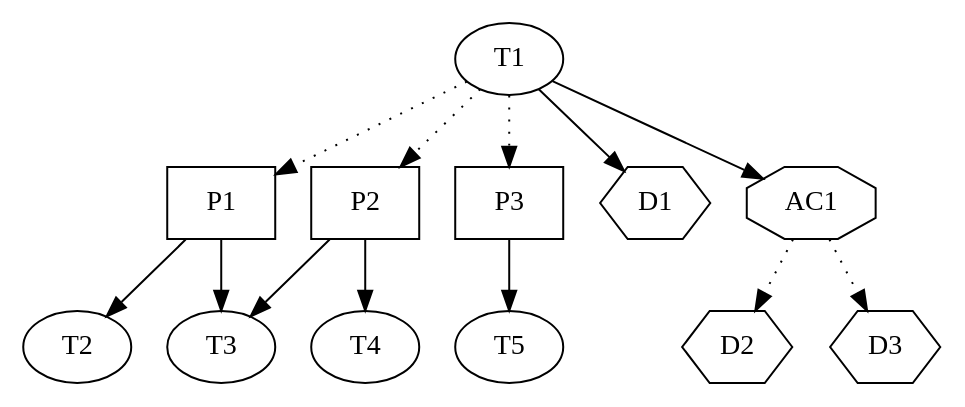
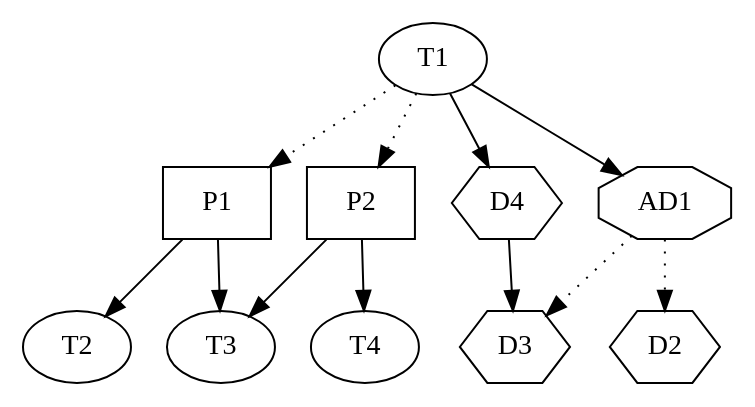
Before and after one commit to janmarthedal/project-dtp: the diagram in blog/dependency_example.dot, drawn with Graphviz. The commit also changed other lines of this file and 7 other files, not shown here.

```diff
--- a/blog/dependency_example.dot
+++ b/blog/dependency_example.dot
@@ -1,23 +1,24 @@
 digraph G {
   T1 [shape=ellipse];
+  T2 [shape=ellipse];
+  T3 [shape=ellipse];
+  T4 [shape=ellipse];
   P1 [shape=box];
   P2 [shape=box];
-  P3 [shape=box];
-  D1 [shape=hexagon];
   D2 [shape=hexagon];
   D3 [shape=hexagon];
-  AC1 [shape=octagon];
+  D4 [shape=hexagon];
+  AD1 [shape=octagon];
 
   T1 -> P1 [style=dotted];
   T1 -> P2 [style=dotted];
-  T1 -> P3 [style=dotted];
-  T1 -> D1;
-  T1 -> AC1;
+  T1 -> AD1;
+  T1 -> D4;
   P1 -> T2;
   P1 -> T3;
   P2 -> T3;
   P2 -> T4;
-  P3 -> T5;
-  AC1 -> D2 [style=dotted];
-  AC1 -> D3 [style=dotted]; 
+  AD1 -> D2 [style=dotted];
+  AD1 -> D3 [style=dotted]; 
+  D4 -> D3;
 }
```
